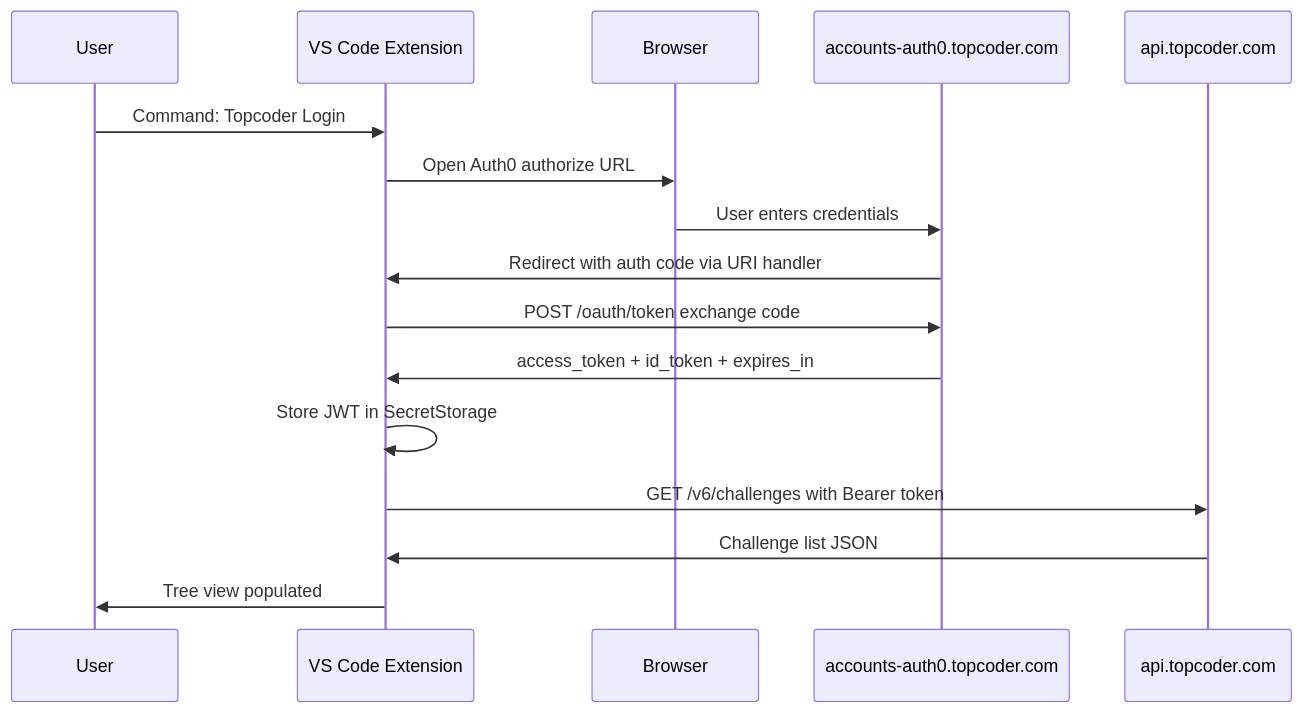
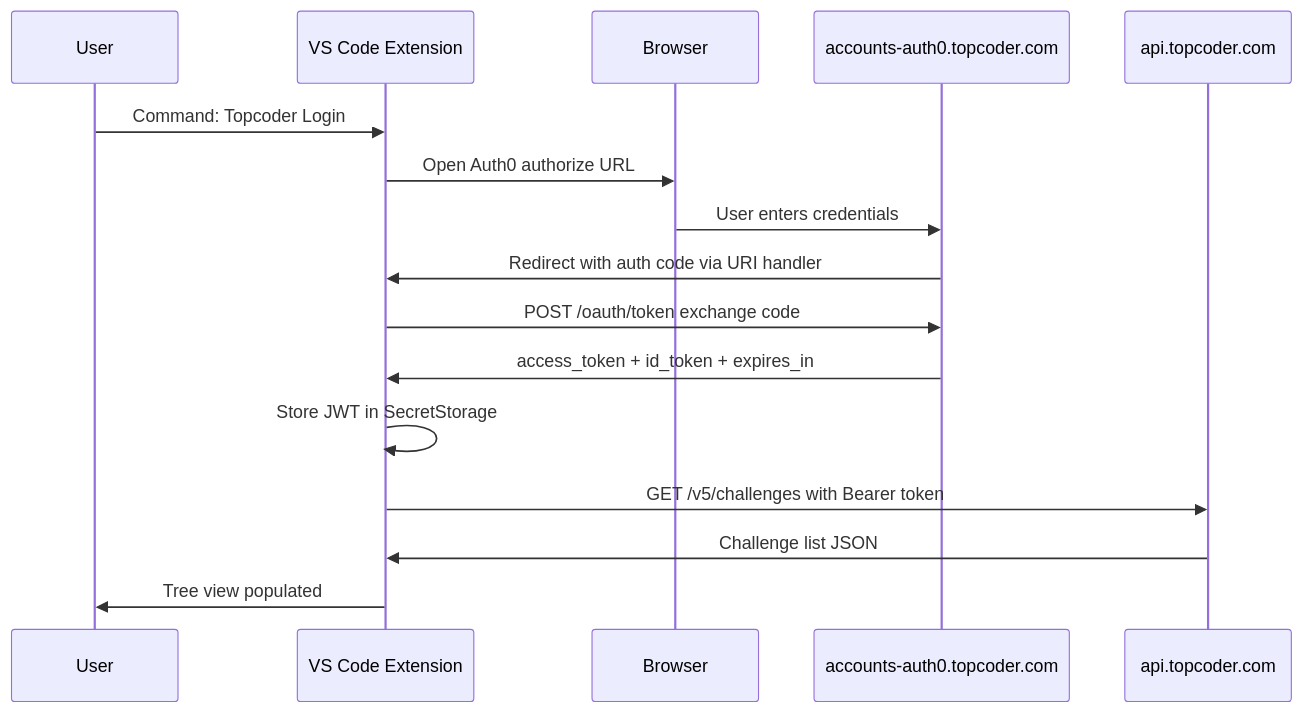
Before and after one commit to mirzailhami/tc-vscode-ideation: the third of 3 diagrams in architecture.md, drawn with Mermaid. The commit also changed other lines of this file and 6 other files, not shown here.

First line of the commit message:
Updates: API appendix with sample payloads, edge-state wireframes (WF7), end-to-end flow map, traceability matrix, quality gates, normalized v5 endpoints

````diff
--- a/architecture.md
+++ b/architecture.md
@@ -114,19 +114,19 @@
 ```mermaid
 sequenceDiagram
     participant User
     participant VSCode as VS Code Extension
     participant Browser
     participant Auth0 as accounts-auth0.topcoder.com
     participant API as api.topcoder.com
 
     User->>VSCode: Command: Topcoder Login
     VSCode->>Browser: Open Auth0 authorize URL
     Browser->>Auth0: User enters credentials
     Auth0->>VSCode: Redirect with auth code via URI handler
     VSCode->>Auth0: POST /oauth/token exchange code
     Auth0->>VSCode: access_token + id_token + expires_in
     VSCode->>VSCode: Store JWT in SecretStorage
-    VSCode->>API: GET /v6/challenges with Bearer token
+    VSCode->>API: GET /v5/challenges with Bearer token
     API->>VSCode: Challenge list JSON
     VSCode->>User: Tree view populated
 ```
````
